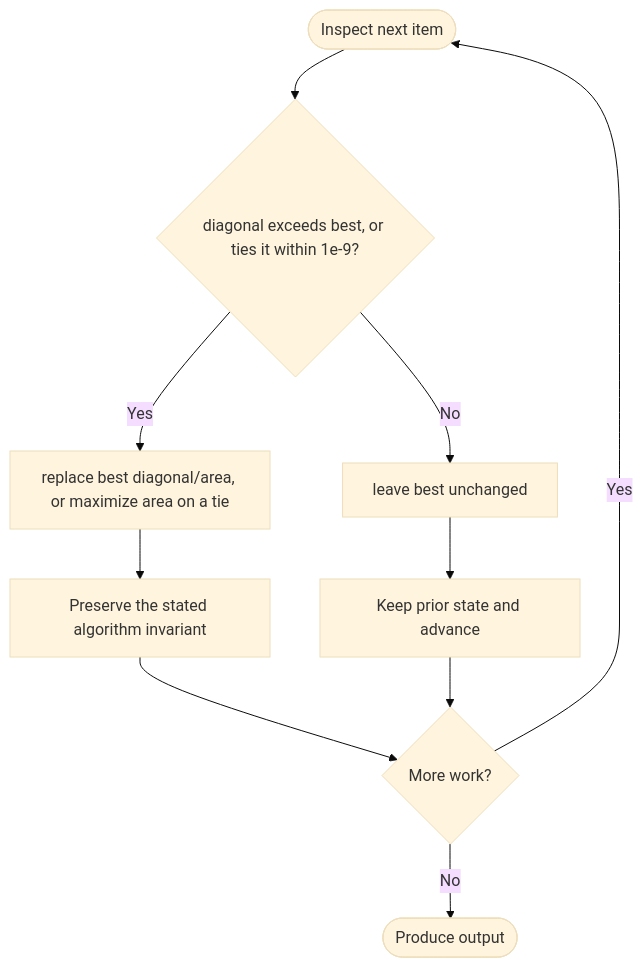
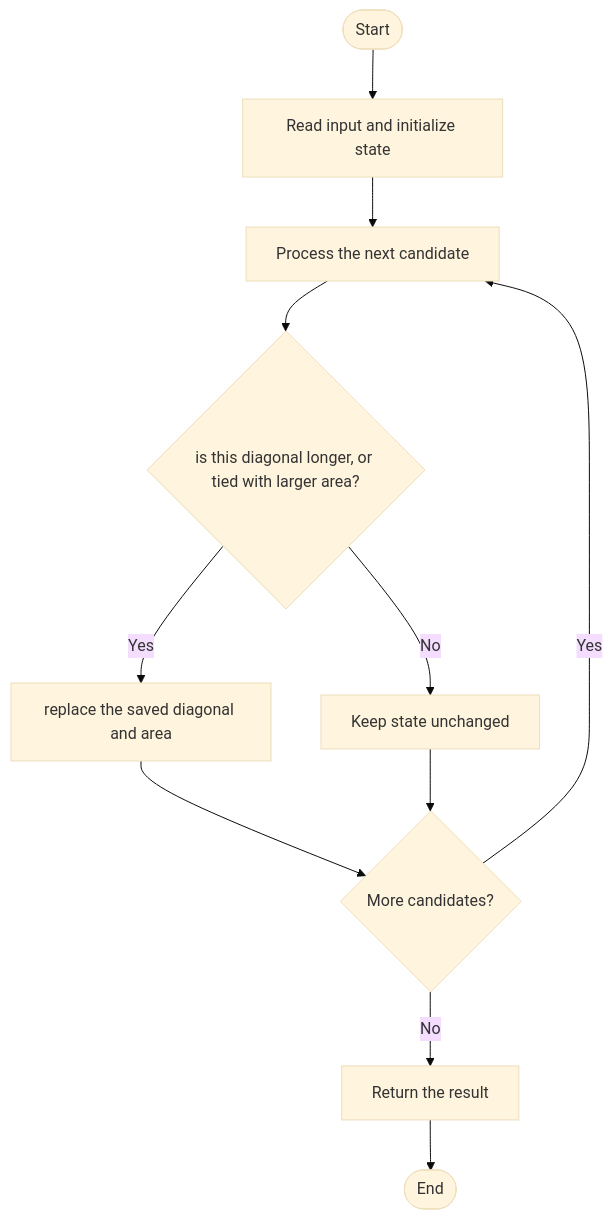
The diagram in LeetCode/3000/README.md (SAIDEEPBHANGE/C-CPP-Codes), drawn with Mermaid (base theme) before and after one commit. The commit also changed other lines of this file and 196 other files, not shown here.

````diff
--- a/LeetCode/3000/README.md
+++ b/LeetCode/3000/README.md
@@ -28,12 +27,13 @@
 ```mermaid
 flowchart TD
-    A([Inspect next item]) --> B{diagonal exceeds best, or ties it within 1e-9?}
-    B -- Yes --> C[replace best diagonal/area, or maximize area on a tie]
-    B -- No --> D[leave best unchanged]
-    C --> E[Preserve the stated algorithm invariant]
-    D --> F[Keep prior state and advance]
-    E --> G{More work?}
+    A([Start]) --> B[Read input and initialize state]
+    B --> C[Process the next candidate]
+    C --> D{is this diagonal longer, or tied with larger area?}
+    D -->|Yes| E[replace the saved diagonal and area]
+    D -->|No| F[Keep state unchanged]
+    E --> G{More candidates?}
     F --> G
-    G -- Yes --> A
-    G -- No --> H([Produce output])
+    G -->|Yes| C
+    G -->|No| H[Return the result]
+    H --> I([End])
 ```
````
